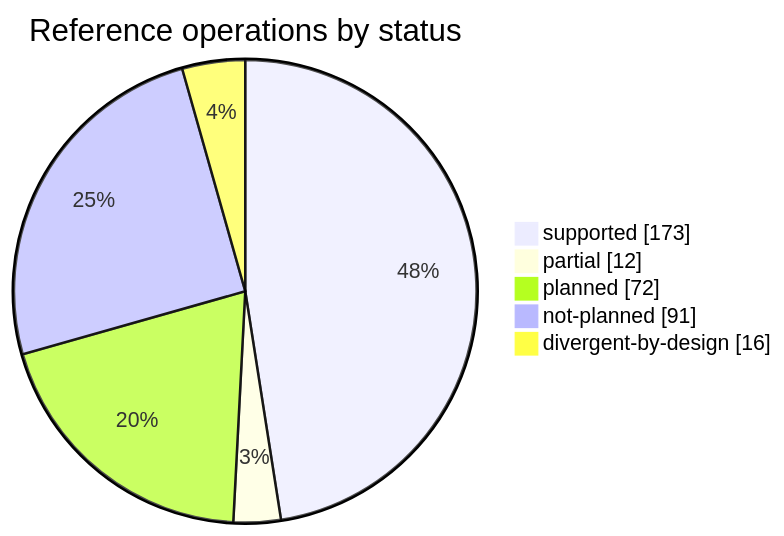
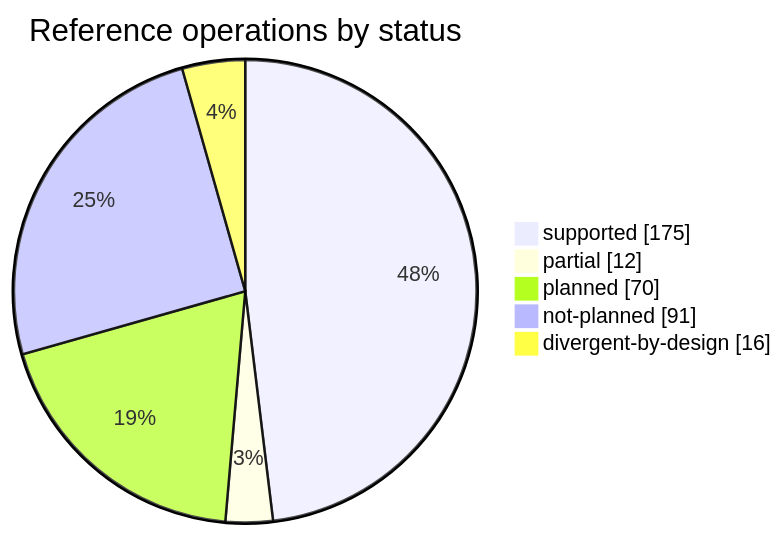
Before and after one commit to rafaelvieiras/tinyfin: the first of 2 diagrams in docs/COVERAGE.md, drawn with Mermaid. The commit also changed other lines of this file and 8 other files, not shown here.

````diff
--- a/docs/COVERAGE.md
+++ b/docs/COVERAGE.md
@@ -32,8 +32,8 @@
 ```mermaid
 pie showData title Reference operations by status
-    "supported" : 173
+    "supported" : 175
     "partial" : 12
-    "planned" : 72
+    "planned" : 70
     "not-planned" : 91
     "divergent-by-design" : 16
 ```
````
